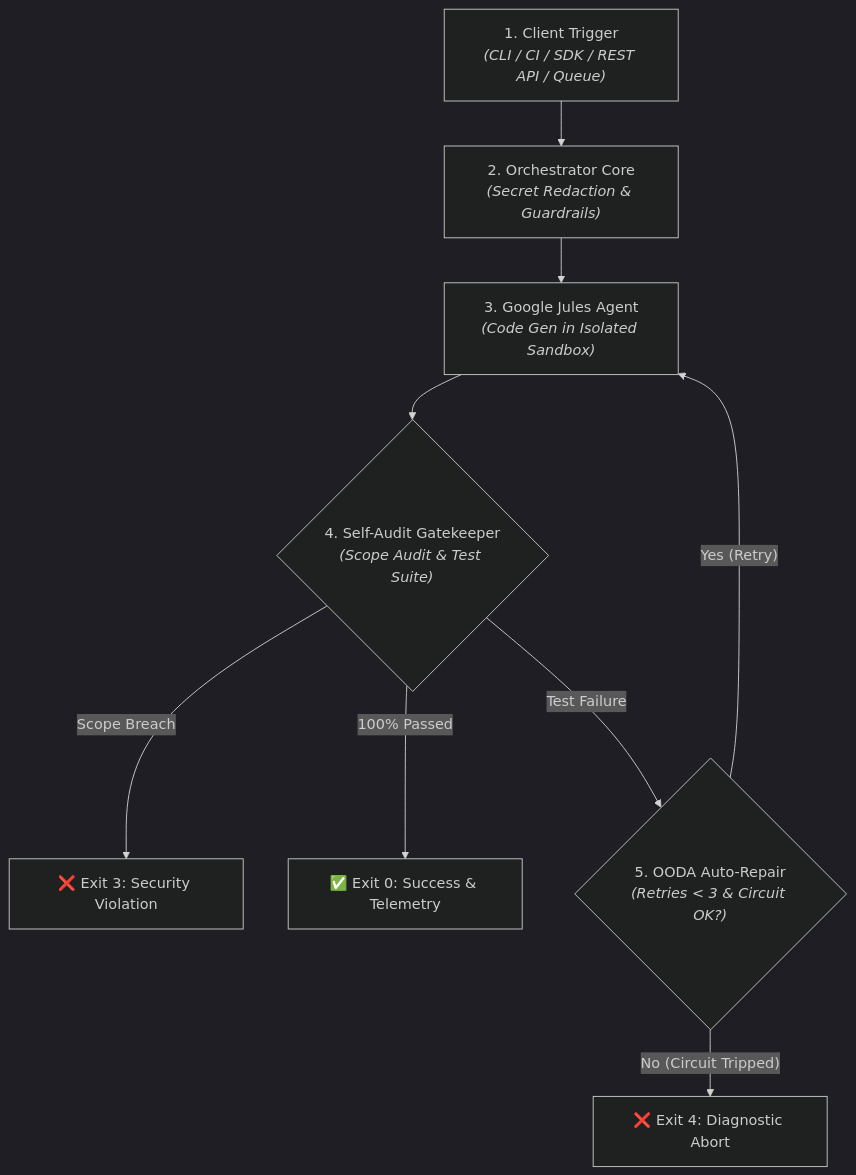
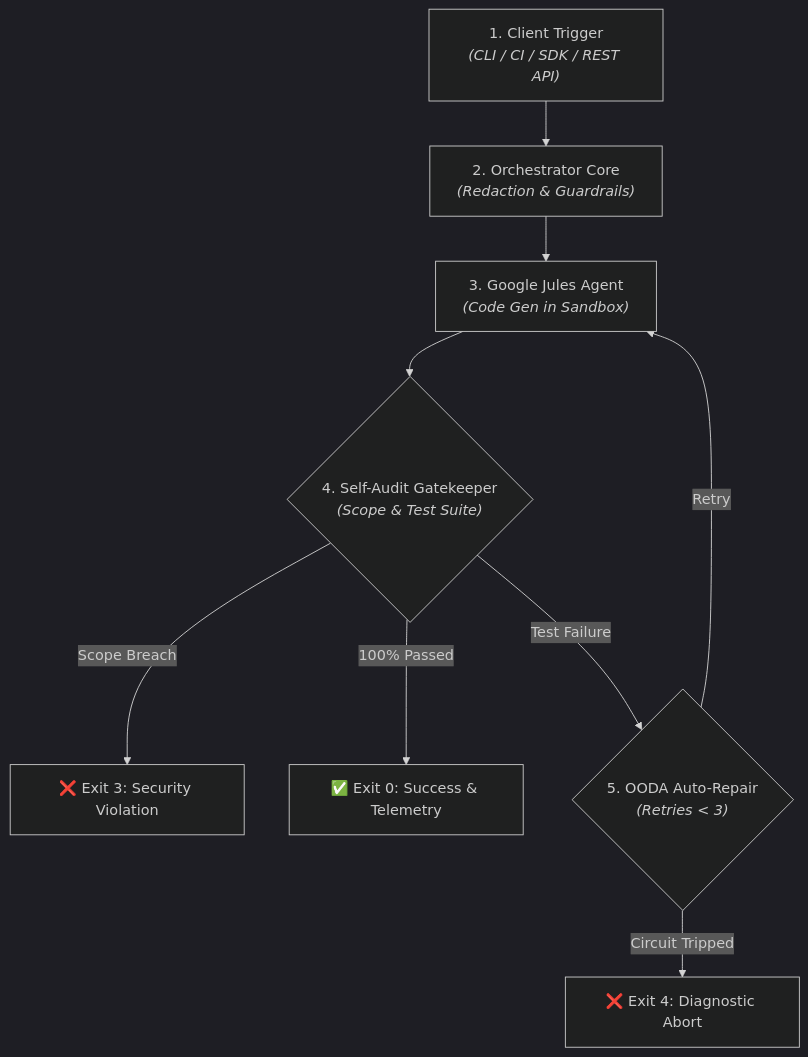
The second of 3 diagrams in README.md (FullThrottle83/jules-orchestrator-kit), drawn with Mermaid (dark theme) before and after one commit.

Commit message:
fix: shorten Mermaid node label text to prevent SVG clipping on GitHub

````diff
--- a/README.md
+++ b/README.md
@@ -89,11 +89,11 @@
 ```mermaid
 graph TD
-    A["1. Client Trigger<br/><i>(CLI / CI / SDK / REST API / Queue)</i>"] --> B["2. Orchestrator Core<br/><i>(Secret Redaction & Guardrails)</i>"]
-    B --> C["3. Google Jules Agent<br/><i>(Code Gen in Isolated Sandbox)</i>"]
-    C --> D{"4. Self-Audit Gatekeeper<br/><i>(Scope Audit & Test Suite)</i>"}
+    A["1. Client Trigger<br/><i>(CLI / CI / SDK / REST API)</i>"] --> B["2. Orchestrator Core<br/><i>(Redaction & Guardrails)</i>"]
+    B --> C["3. Google Jules Agent<br/><i>(Code Gen in Sandbox)</i>"]
+    C --> D{"4. Self-Audit Gatekeeper<br/><i>(Scope & Test Suite)</i>"}
     D -- "Scope Breach" --> E["❌ Exit 3: Security Violation"]
     D -- "100% Passed" --> F["✅ Exit 0: Success & Telemetry"]
-    D -- "Test Failure" --> G{"5. OODA Auto-Repair<br/><i>(Retries < 3 & Circuit OK?)</i>"}
-    G -- "Yes (Retry)" --> C
-    G -- "No (Circuit Tripped)" --> H["❌ Exit 4: Diagnostic Abort"]
+    D -- "Test Failure" --> G{"5. OODA Auto-Repair<br/><i>(Retries < 3)</i>"}
+    G -- "Retry" --> C
+    G -- "Circuit Tripped" --> H["❌ Exit 4: Diagnostic Abort"]
 ```
````
